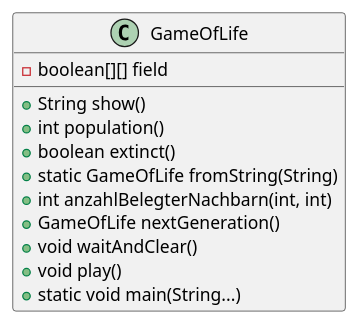
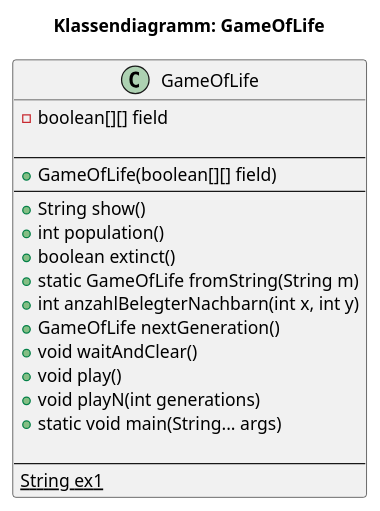
One commit to jahidxuddin/conways-spiel-des-lebens changed the diagram in uml/diagram.puml. Above: the diagram before and after it, drawn with PlantUML. The commit also changed 6 other files, not shown here.

Commit message:
WIP: weitere Anpassungen am Game of Life

```diff
--- a/uml/diagram.puml
+++ b/uml/diagram.puml
@@ -1,14 +1,25 @@
 @startuml
+title Klassendiagramm: GameOfLife
+
 class GameOfLife {
     - boolean[][] field
+
+    --
+    + GameOfLife(boolean[][] field)
+    --
     + String show()
     + int population()
     + boolean extinct()
-    + static GameOfLife fromString(String)
-    + int anzahlBelegterNachbarn(int, int)
+    + static GameOfLife fromString(String m)
+    + int anzahlBelegterNachbarn(int x, int y)
     + GameOfLife nextGeneration()
     + void waitAndClear()
     + void play()
-    + static void main(String...)
+    + void playN(int generations)
+    + static void main(String... args)
+
+    --
+    {static} String ex1
 }
+
 @enduml
```
